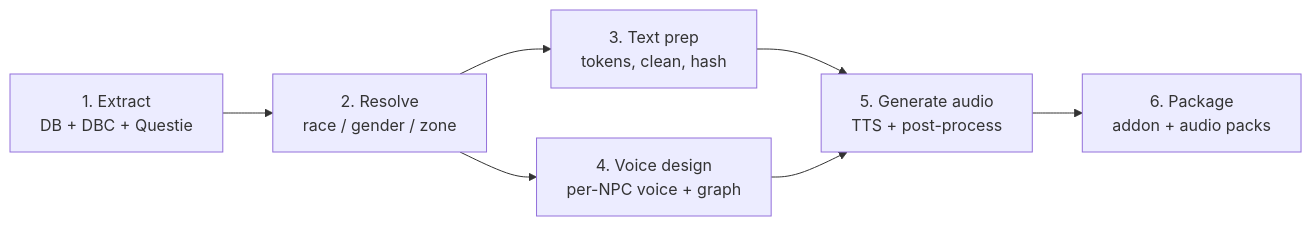
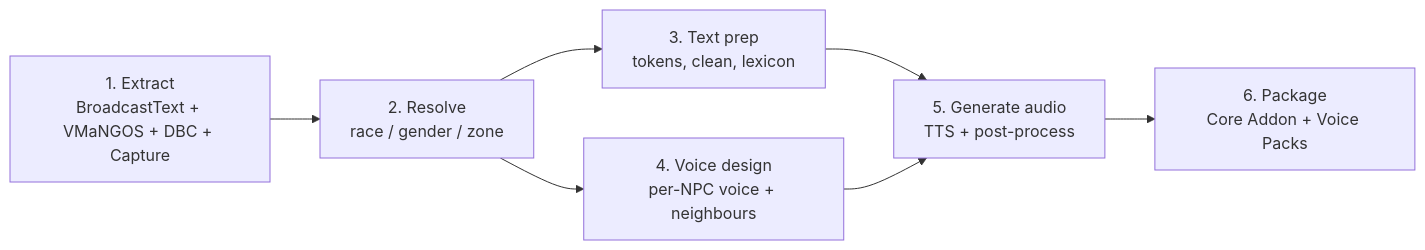
The first of 2 diagrams in VoiceForever — Build Spec.md (JackInSightsV2/VoiceForever), drawn with Mermaid before and after one commit. The commit also changed other lines of this file and 3 other files, not shown here.

````diff
--- a/VoiceForever — Build Spec.md
+++ b/VoiceForever — Build Spec.md
@@ -32,9 +35,9 @@
 ```mermaid
 flowchart LR
-  A[1. Extract<br/>DB + DBC + Questie] --> B[2. Resolve<br/>race / gender / zone]
-  B --> C[3. Text prep<br/>tokens, clean, hash]
-  B --> D[4. Voice design<br/>per-NPC voice + graph]
+  A[1. Extract<br/>BroadcastText + VMaNGOS + DBC + Capture] --> B[2. Resolve<br/>race / gender / zone]
+  B --> C[3. Text prep<br/>tokens, clean, lexicon]
+  B --> D[4. Voice design<br/>per-NPC voice + neighbours]
   C --> E[5. Generate audio<br/>TTS + post-process]
   D --> E
-  E --> F[6. Package<br/>addon + audio packs]
+  E --> F[6. Package<br/>Core Addon + Voice Packs]
 ```
````
